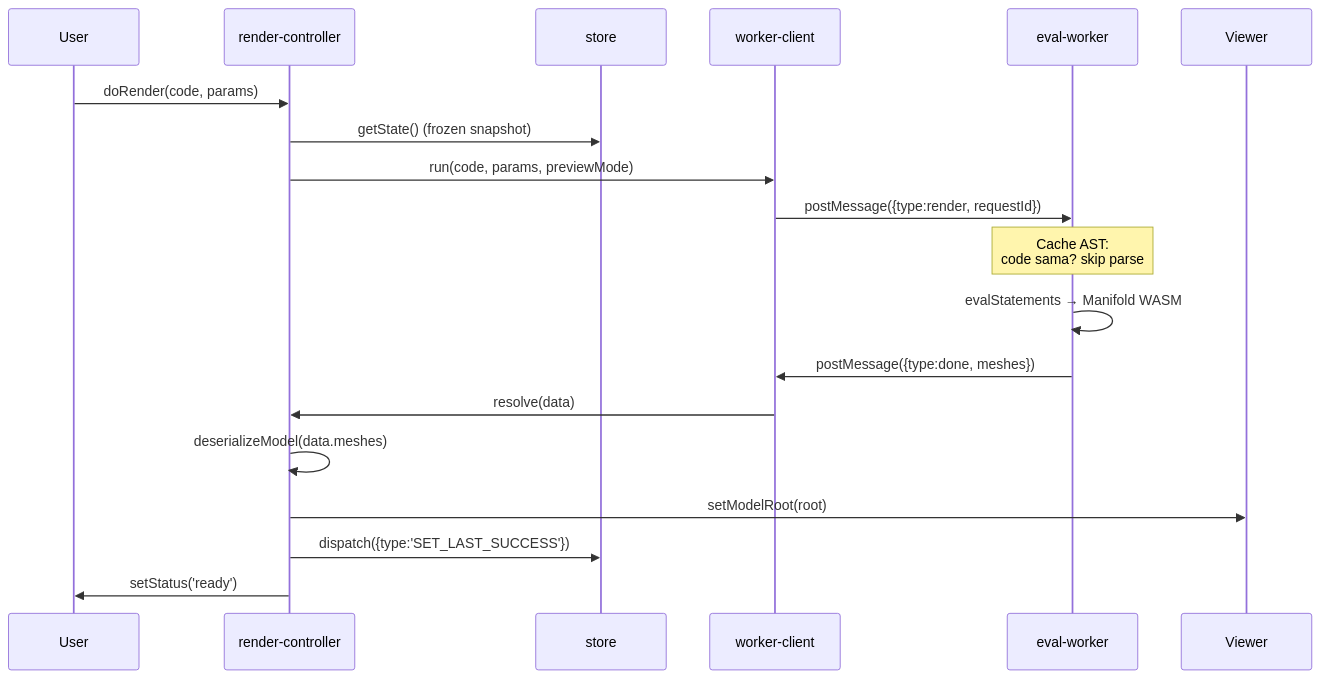
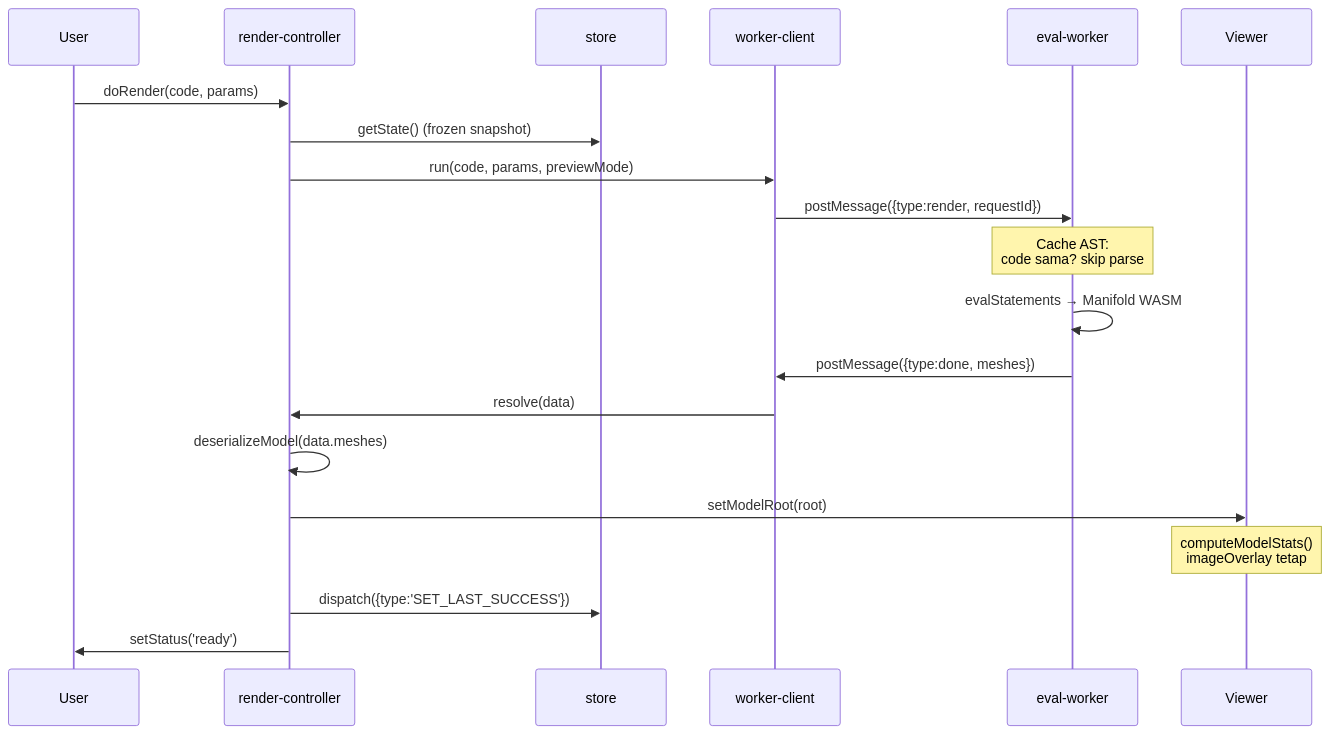
The second of 5 diagrams in docs-md/architecture.md (alth45/mini-open-scad), drawn with Mermaid before and after one commit. The commit also changed other lines of this file, not shown here.

Commit message:
feat: update architecture documentation with new design principles and project structure

````diff
--- a/docs-md/architecture.md
+++ b/docs-md/architecture.md
@@ -308,22 +364,23 @@
 ```mermaid
 sequenceDiagram
     participant U as User
     participant R as render-controller
     participant S as store
     participant W as worker-client
     participant E as eval-worker
     participant V as Viewer
 
     U->>R: doRender(code, params)
     R->>S: getState() (frozen snapshot)
     R->>W: run(code, params, previewMode)
     W->>E: postMessage({type:render, requestId})
     Note over E: Cache AST:<br/>code sama? skip parse
     E->>E: evalStatements → Manifold WASM
     E->>W: postMessage({type:done, meshes})
     W->>R: resolve(data)
     R->>R: deserializeModel(data.meshes)
     R->>V: setModelRoot(root)
+    Note over V: computeModelStats()<br/>imageOverlay tetap
     R->>S: dispatch({type:'SET_LAST_SUCCESS'})
     R->>U: setStatus('ready')
 ```
````
